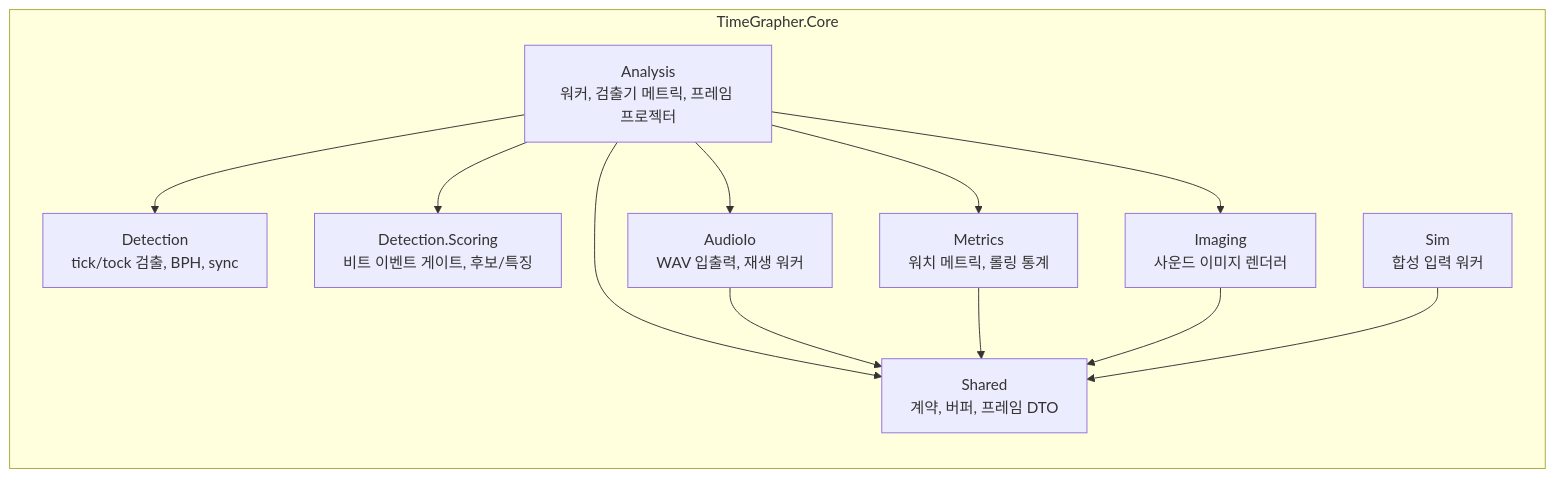
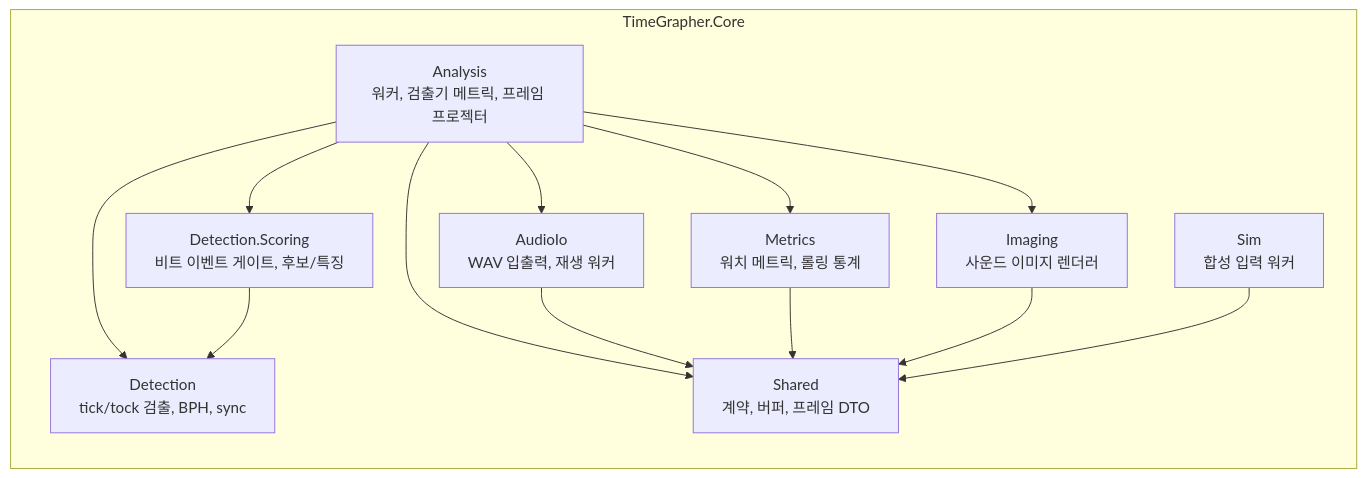
The third of 3 diagrams in docs/architecture/MODULE_USES_VIEW.md (Jae-hong-5/TimeGrapher-Net), drawn with Mermaid before and after one commit. The commit also changed other lines of this file and 4 other files, not shown here.

````diff
--- a/docs/architecture/MODULE_USES_VIEW.md
+++ b/docs/architecture/MODULE_USES_VIEW.md
@@ -184,25 +184,26 @@
 ```mermaid
 flowchart TB
     subgraph Core["TimeGrapher.Core"]
         direction TB
         Analysis["Analysis<br/>워커, 검출기 메트릭, 프레임 프로젝터"]
         Detection["Detection<br/>tick/tock 검출, BPH, sync"]
         Scoring["Detection.Scoring<br/>비트 이벤트 게이트, 후보/특징"]
         Metrics["Metrics<br/>워치 메트릭, 롤링 통계"]
         Imaging["Imaging<br/>사운드 이미지 렌더러"]
         AudioIo["AudioIo<br/>WAV 입출력, 재생 워커"]
         Sim["Sim<br/>합성 입력 워커"]
         Shared["Shared<br/>계약, 버퍼, 프레임 DTO"]
     end
 
     Analysis --> Detection
     Analysis --> Scoring
+    Scoring --> Detection
     Analysis --> Metrics
     Analysis --> Imaging
     Analysis --> AudioIo
     Analysis --> Shared
     AudioIo --> Shared
     Metrics --> Shared
     Imaging --> Shared
     Sim --> Shared
 ```
````
